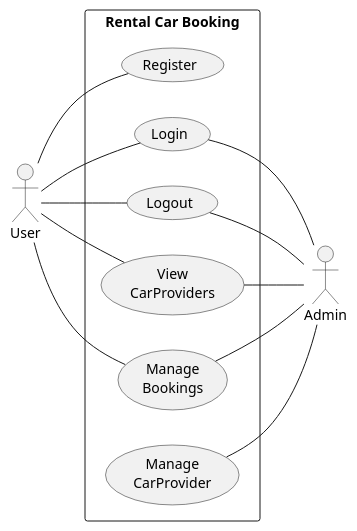
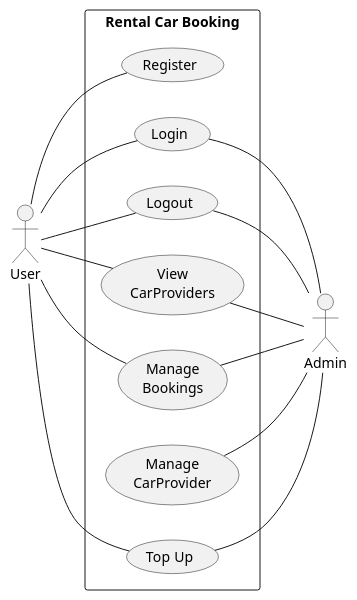
Before and after one commit to 2110503TACEDT66/presentation-day-1-yenkor: the diagram in UML/UseCaseDiagram/useCase.puml, drawn with PlantUML.

Commit message:
Added top up Use Case to Diagram

```diff
--- a/UML/UseCaseDiagram/useCase.puml
+++ b/UML/UseCaseDiagram/useCase.puml
@@ -1,26 +1,29 @@
 @startuml Rental Car Booking Use Case Diagram
 left to right direction
 actor "User" as user
 rectangle "Rental Car Booking" as rentalCarBooking {
     usecase "Register" as register
     usecase "Login" as login
     usecase "Logout" as logout
     usecase "View\nCarProviders" as viewCarProvider
     usecase "Manage\nBookings" as manageBookings
     usecase "Manage\nCarProvider" as manageCarProvider
+    usecase "Top Up" as topUp
 }
 
 user -- register
 user -- login
 user -- logout
 user -- viewCarProvider
 user -- manageBookings
+user -- topUp
 
 actor "Admin" as admin
 login -- admin
 logout -- admin
 viewCarProvider -- admin
 manageBookings -- admin
 manageCarProvider -- admin
+topUp -- admin
 
 @enduml
```
